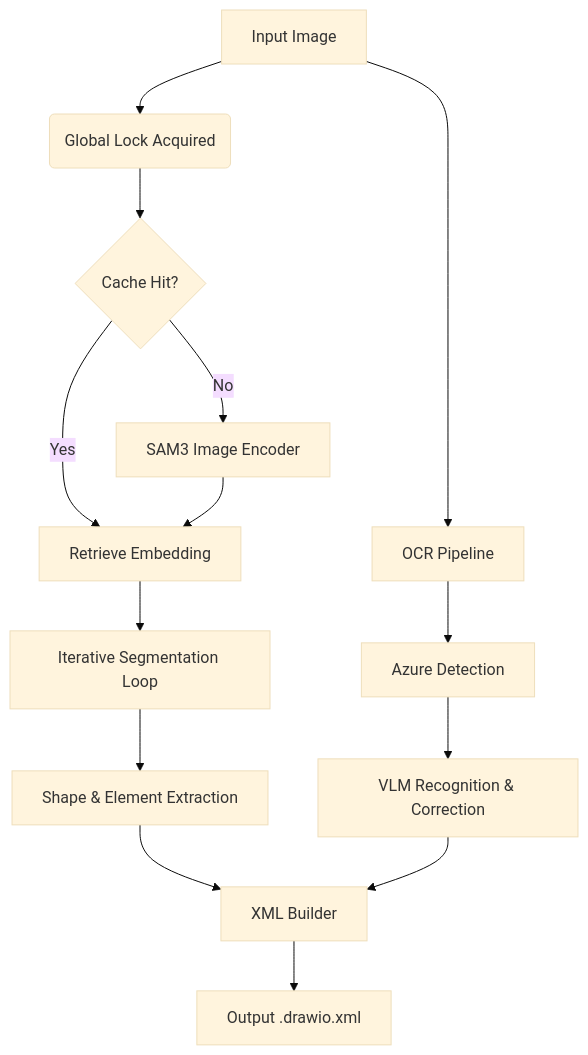
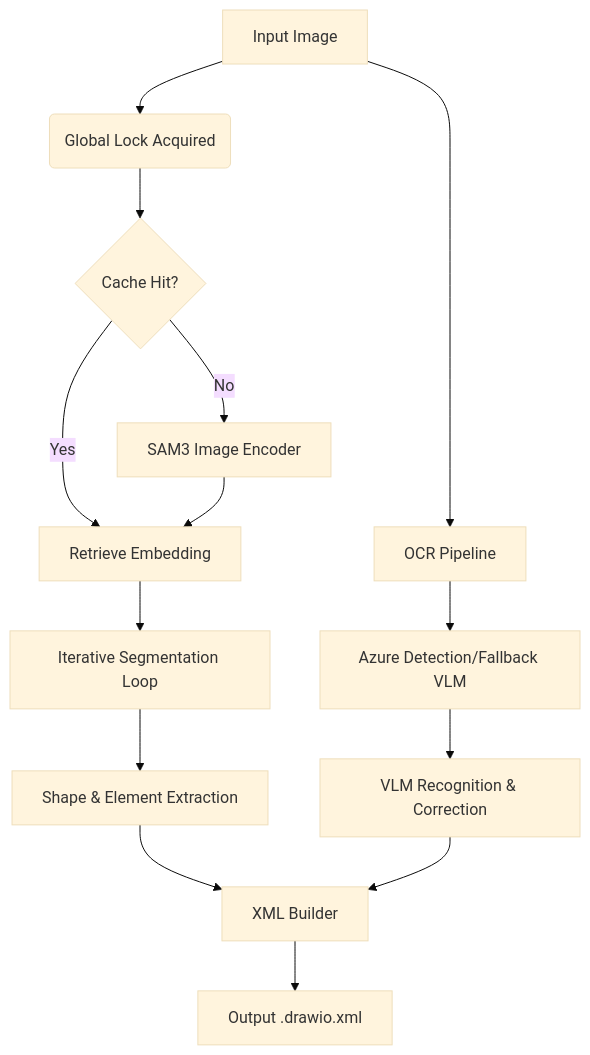
Before and after one commit to lilin-1/IMG2XML: the diagram in TECHNICAL_REPORT.md, drawn with Mermaid (base theme). The commit also changed other lines of this file and 25 other files, not shown here.

````diff
--- a/TECHNICAL_REPORT.md
+++ b/TECHNICAL_REPORT.md
@@ -11,16 +11,16 @@
 ```mermaid
 graph TD
     A[Input Image] --> B(Global Lock Acquired)
     B --> C{Cache Hit?}
     C -- No --> D[SAM3 Image Encoder]
     C -- Yes --> E[Retrieve Embedding]
     D --> E
     E --> F[Iterative Segmentation Loop]
     F --> G[Shape & Element Extraction]
     A --> H[OCR Pipeline]
-    H --> I[Azure Detection]
+    H --> I[Azure Detection/Fallback VLM]
     I --> J[VLM Recognition & Correction]
     G --> K[XML Builder]
     J --> K
     K --> L[Output .drawio.xml]
 ```
````
